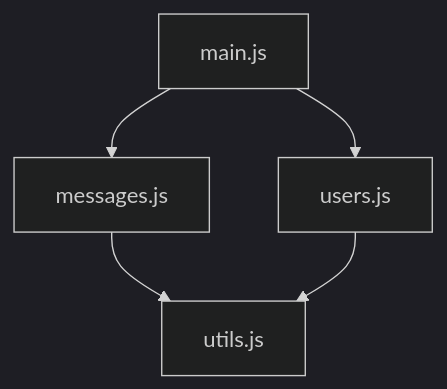
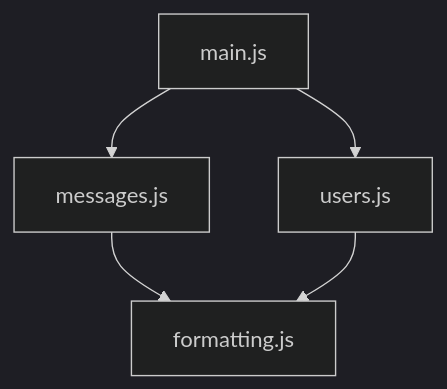
The first of 4 diagrams in website/docs/architectural-views.md (Episk-pos/DevFoundry), drawn with Mermaid (dark theme) before and after one commit. The commit also changed other lines of this file and 4 other files, not shown here.

````diff
--- a/website/docs/architectural-views.md
+++ b/website/docs/architectural-views.md
@@ -90,12 +90,12 @@
 ```mermaid
 graph TB
     main[main.js]
     messages[messages.js]
     users[users.js]
-    utils[utils.js]
+    formatting[formatting.js]
 
     main --> messages
     main --> users
-    messages --> utils
-    users --> utils
+    messages --> formatting
+    users --> formatting
 ```
````
